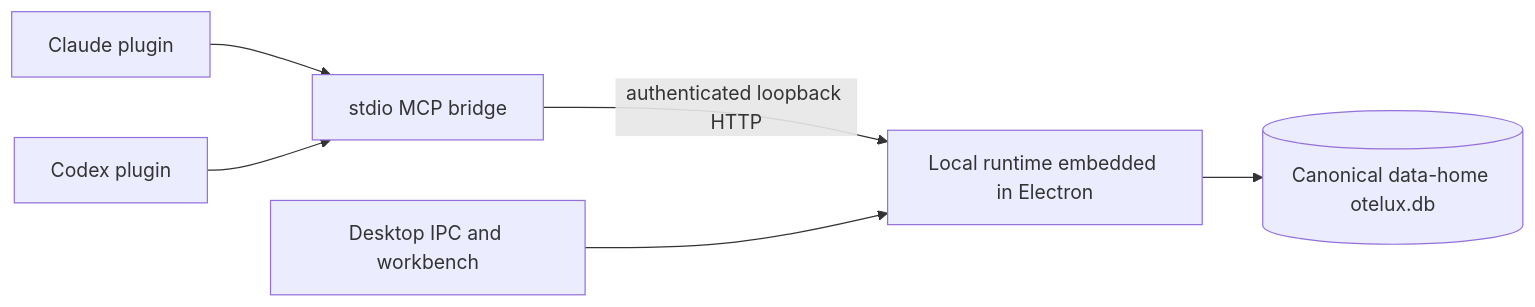
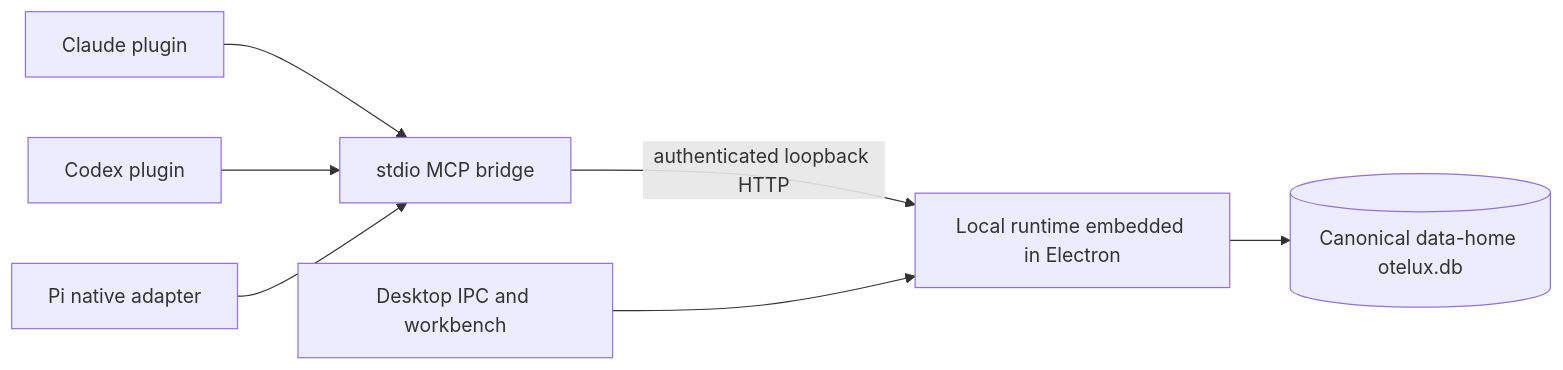
The second of 2 diagrams in docs/arch.md (b1tank/otelux), drawn with Mermaid before and after one commit. The commit also changed other lines of this file and 7 other files, not shown here.

Commit message:
add native Pi adapter

````diff
--- a/docs/arch.md
+++ b/docs/arch.md
@@ -222,8 +224,9 @@
 ```mermaid
 flowchart LR
     Claude[Claude plugin] --> Bridge[stdio MCP bridge]
     Codex[Codex plugin] --> Bridge
+    Pi[Pi native adapter] --> Bridge
     Bridge -->|authenticated loopback HTTP| Runtime[Local runtime embedded in Electron]
     Desktop[Desktop IPC and workbench] --> Runtime
     Runtime --> DB[(Canonical data-home otelux.db)]
 ```
````
